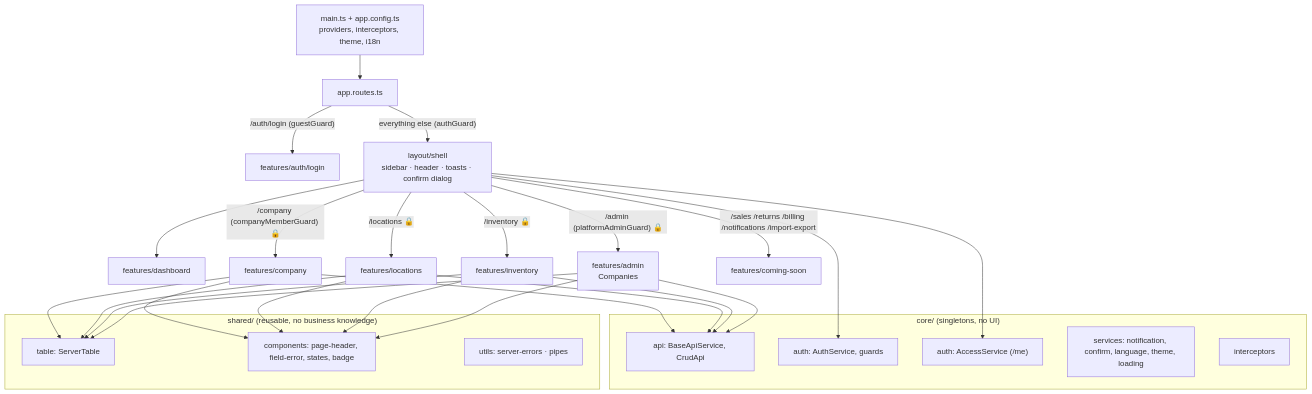
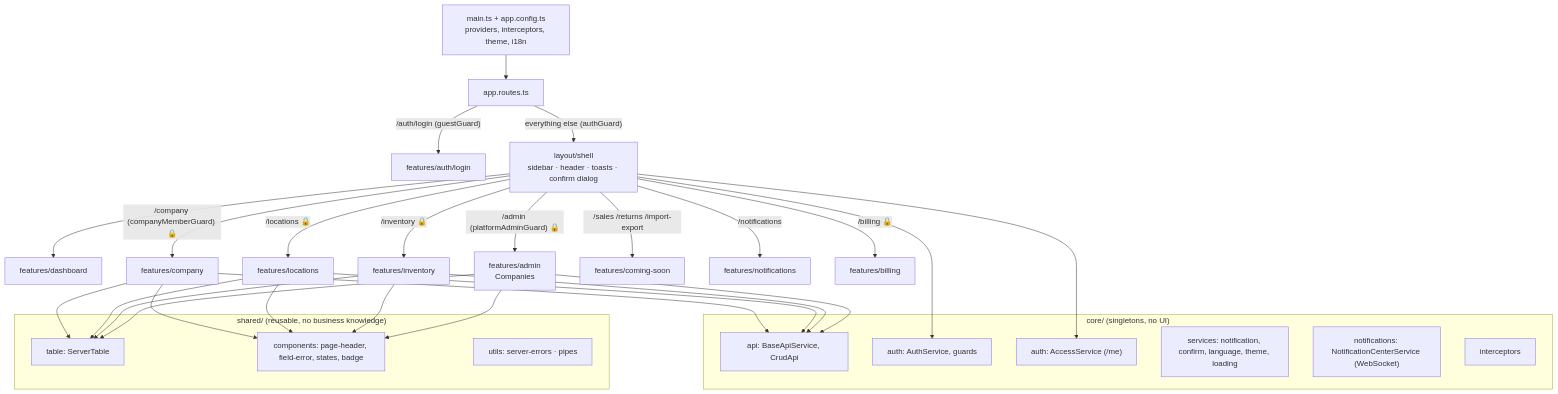
The first of 4 diagrams in docs/CODE_MAP.md (mohamed-elhelely/tanzim-frontend), drawn with Mermaid before and after one commit. The commit also changed other lines of this file and 29 other files, not shown here.

First line of the commit message:
Add notifications (bell, page, live WebSocket) and read-only billing

````diff
--- a/docs/CODE_MAP.md
+++ b/docs/CODE_MAP.md
@@ -21,31 +21,34 @@
 ```mermaid
 flowchart TD
     main["main.ts + app.config.ts<br/>providers, interceptors, theme, i18n"] --> routes["app.routes.ts"]
     routes -->|"/auth/login (guestGuard)"| login["features/auth/login"]
     routes -->|"everything else (authGuard)"| shell["layout/shell<br/>sidebar · header · toasts · confirm dialog"]
     shell --> dash["features/dashboard"]
     shell -->|"/admin (platformAdminGuard) 🔒"| admin["features/admin<br/>Companies"]
     shell -->|"/company (companyMemberGuard) 🔒"| company["features/company"]
     shell -->|"/locations 🔒"| locations["features/locations"]
     shell -->|"/inventory 🔒"| inventory["features/inventory"]
-    shell -->|"/sales /returns /billing /notifications /import-export"| soon["features/coming-soon"]
+    shell -->|"/sales /returns /import-export"| soon["features/coming-soon"]
+    shell -->|"/notifications"| notif["features/notifications"]
+    shell -->|"/billing 🔒"| billing["features/billing"]
 
     subgraph core["core/ (singletons, no UI)"]
         api["api: BaseApiService, CrudApi"]
         auth["auth: AuthService, guards"]
         sub["auth: AccessService (/me)"]
         svc["services: notification, confirm, language, theme, loading"]
+        ncenter["notifications: NotificationCenterService (WebSocket)"]
         int["interceptors"]
     end
     subgraph shared["shared/ (reusable, no business knowledge)"]
         table["table: ServerTable"]
         comps["components: page-header, field-error, states, badge"]
         utils["utils: server-errors · pipes"]
     end
 
     company & locations & inventory & admin --> api
     company & locations & inventory & admin --> table
     company & locations & inventory & admin --> comps
     shell --> sub
     shell --> auth
 ```
````
